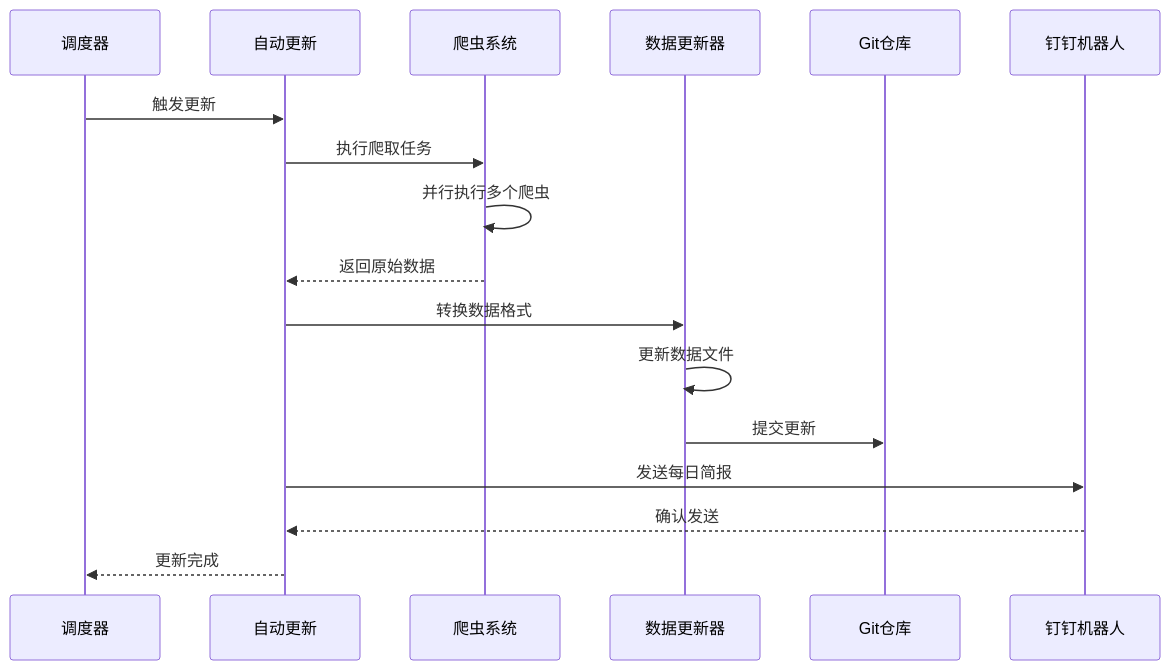
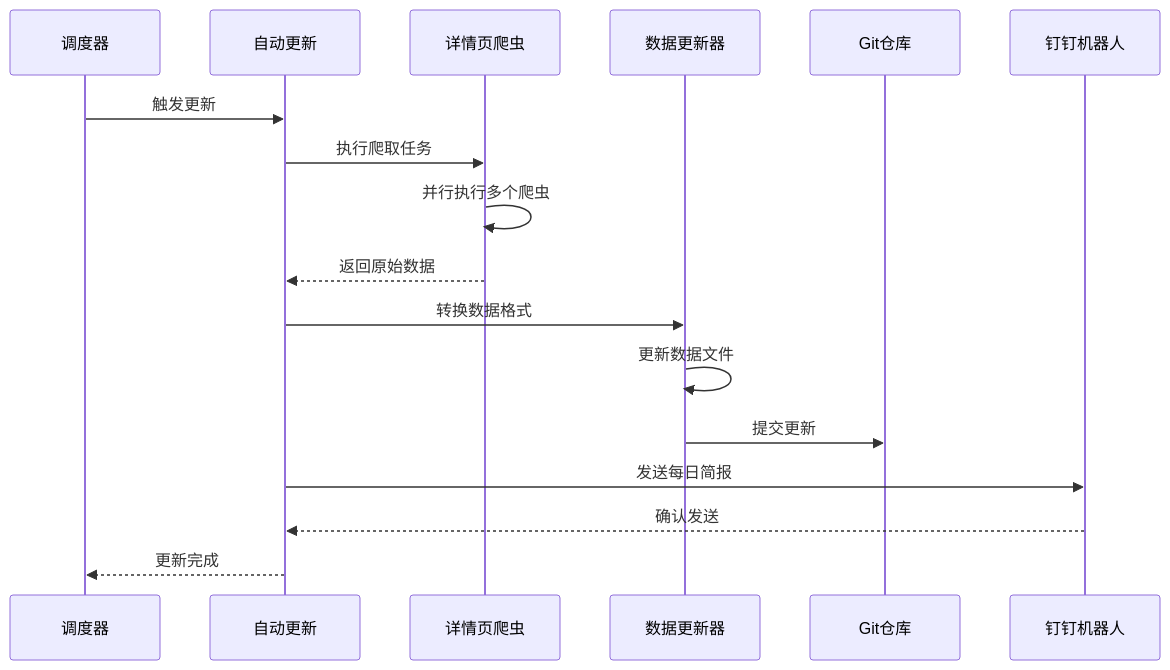
Diagram 13 of 16 in .qoder/repowiki/zh/content/数据管理/新闻数据管理/增强的新闻数据管理.md (liangxuanliang-cmd/carbon-info-agent), drawn with Mermaid before and after one commit. The commit also changed other lines of this file and 5 other files, not shown here.

````diff
--- a/.qoder/repowiki/zh/content/数据管理/新闻数据管理/增强的新闻数据管理.md
+++ b/.qoder/repowiki/zh/content/数据管理/新闻数据管理/增强的新闻数据管理.md
@@ -435,19 +594,19 @@
 ```mermaid
 sequenceDiagram
 participant Scheduler as 调度器
 participant AutoUpdate as 自动更新
-participant Crawler as 爬虫系统
+participant DetailCrawler as 详情页爬虫
 participant DataUpdater as 数据更新器
 participant Git as Git仓库
 participant DingTalk as 钉钉机器人
 Scheduler->>AutoUpdate : 触发更新
-AutoUpdate->>Crawler : 执行爬取任务
-Crawler->>Crawler : 并行执行多个爬虫
-Crawler-->>AutoUpdate : 返回原始数据
+AutoUpdate->>DetailCrawler : 执行爬取任务
+DetailCrawler->>DetailCrawler : 并行执行多个爬虫
+DetailCrawler-->>AutoUpdate : 返回原始数据
 AutoUpdate->>DataUpdater : 转换数据格式
 DataUpdater->>DataUpdater : 更新数据文件
 DataUpdater->>Git : 提交更新
 AutoUpdate->>DingTalk : 发送每日简报
 DingTalk-->>AutoUpdate : 确认发送
 AutoUpdate-->>Scheduler : 更新完成
 ```
````
